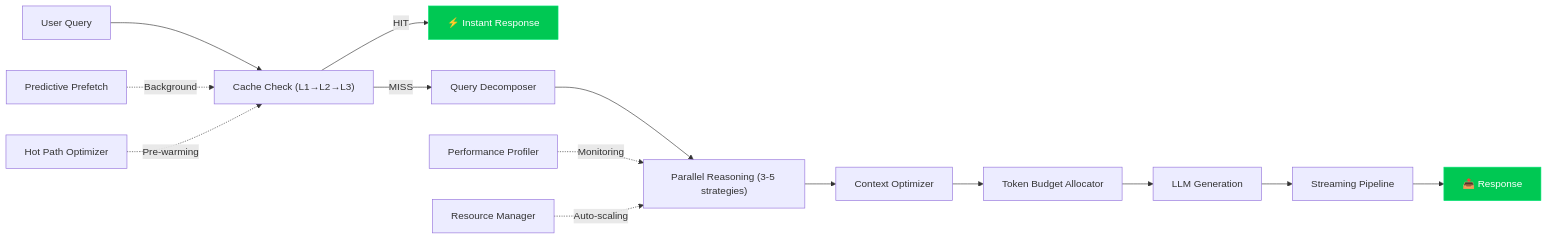
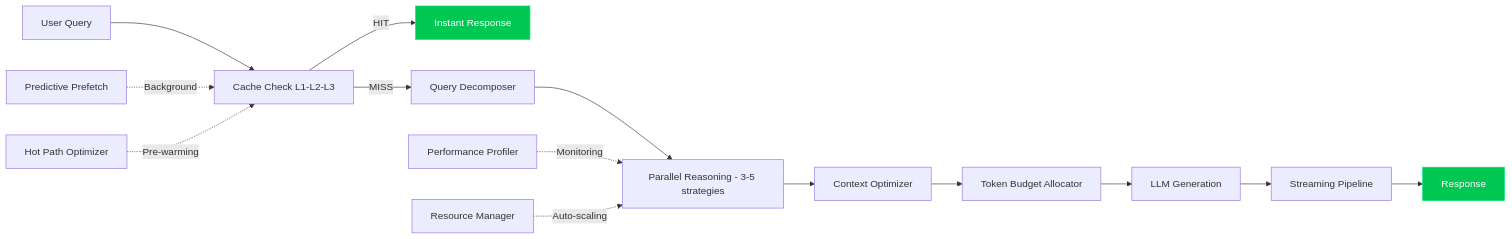
One commit to boopathygamer/astra-agent changed the fifth of 9 diagrams in README.md. Above: the diagram before and after it, drawn with Mermaid. The commit also changed other lines of this file, not shown here.

````diff
--- a/README.md
+++ b/README.md
@@ -507,20 +517,20 @@
 ```mermaid
 flowchart LR
-    A["User Query"] --> B["Cache Check (L1→L2→L3)"]
-    B -->|"HIT"| C["⚡ Instant Response"]
-    B -->|"MISS"| D["Query Decomposer"]
-    D --> E["Parallel Reasoning (3-5 strategies)"]
+    A["User Query"] --> B["Cache Check L1-L2-L3"]
+    B -->|HIT| C["Instant Response"]
+    B -->|MISS| D["Query Decomposer"]
+    D --> E["Parallel Reasoning - 3-5 strategies"]
     E --> F["Context Optimizer"]
     F --> G["Token Budget Allocator"]
     G --> H["LLM Generation"]
     H --> I["Streaming Pipeline"]
-    I --> J["📤 Response"]
+    I --> J["Response"]
     
-    K["Predictive Prefetch"] -.->|"Background"| B
-    L["Performance Profiler"] -.->|"Monitoring"| E
-    M["Resource Manager"] -.->|"Auto-scaling"| E
-    N["Hot Path Optimizer"] -.->|"Pre-warming"| B
+    K["Predictive Prefetch"] -.->|Background| B
+    L["Performance Profiler"] -.->|Monitoring| E
+    M["Resource Manager"] -.->|Auto-scaling| E
+    N["Hot Path Optimizer"] -.->|Pre-warming| B
 
     style C fill:#00c853,stroke:#00e676,color:#fff
     style J fill:#00c853,stroke:#00e676,color:#fff
 ```
````
